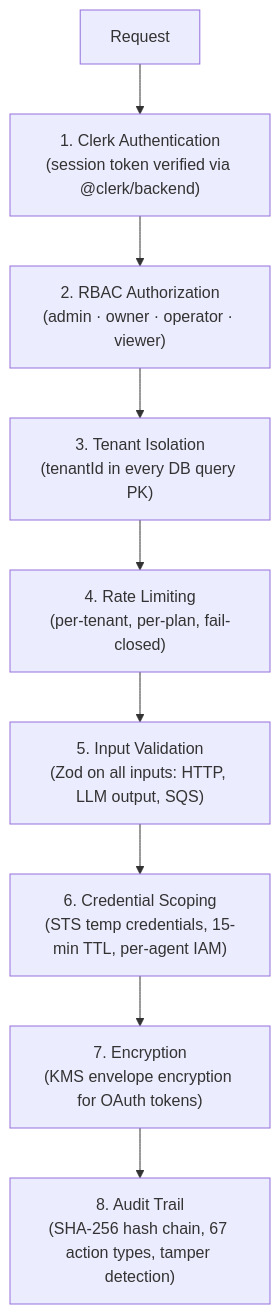
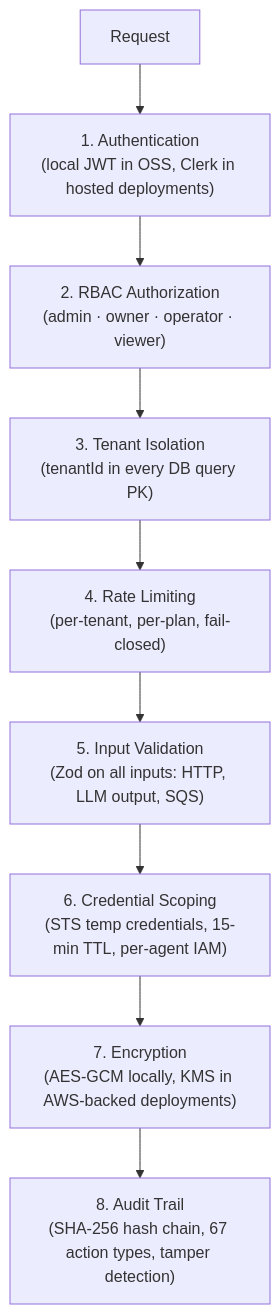
The fourth of 4 diagrams in core/README.md (vinicius91carvalho/causeflow-ai), drawn with Mermaid before and after one commit. The commit also changed other lines of this file and 27 other files, not shown here.

````diff
--- a/core/README.md
+++ b/core/README.md
@@ -386,11 +386,11 @@
 ```mermaid
 graph TD
-    R["Request"] --> A1["1. Clerk Authentication<br/>(session token verified via @clerk/backend)"]
+    R["Request"] --> A1["1. Authentication<br/>(local JWT in OSS, Clerk in hosted deployments)"]
     A1 --> A2["2. RBAC Authorization<br/>(admin · owner · operator · viewer)"]
     A2 --> A3["3. Tenant Isolation<br/>(tenantId in every DB query PK)"]
     A3 --> A4["4. Rate Limiting<br/>(per-tenant, per-plan, fail-closed)"]
     A4 --> A5["5. Input Validation<br/>(Zod on all inputs: HTTP, LLM output, SQS)"]
     A5 --> A6["6. Credential Scoping<br/>(STS temp credentials, 15-min TTL, per-agent IAM)"]
-    A6 --> A7["7. Encryption<br/>(KMS envelope encryption for OAuth tokens)"]
+    A6 --> A7["7. Encryption<br/>(AES-GCM locally, KMS in AWS-backed deployments)"]
     A7 --> A8["8. Audit Trail<br/>(SHA-256 hash chain, 67 action types, tamper detection)"]
 ```
````
